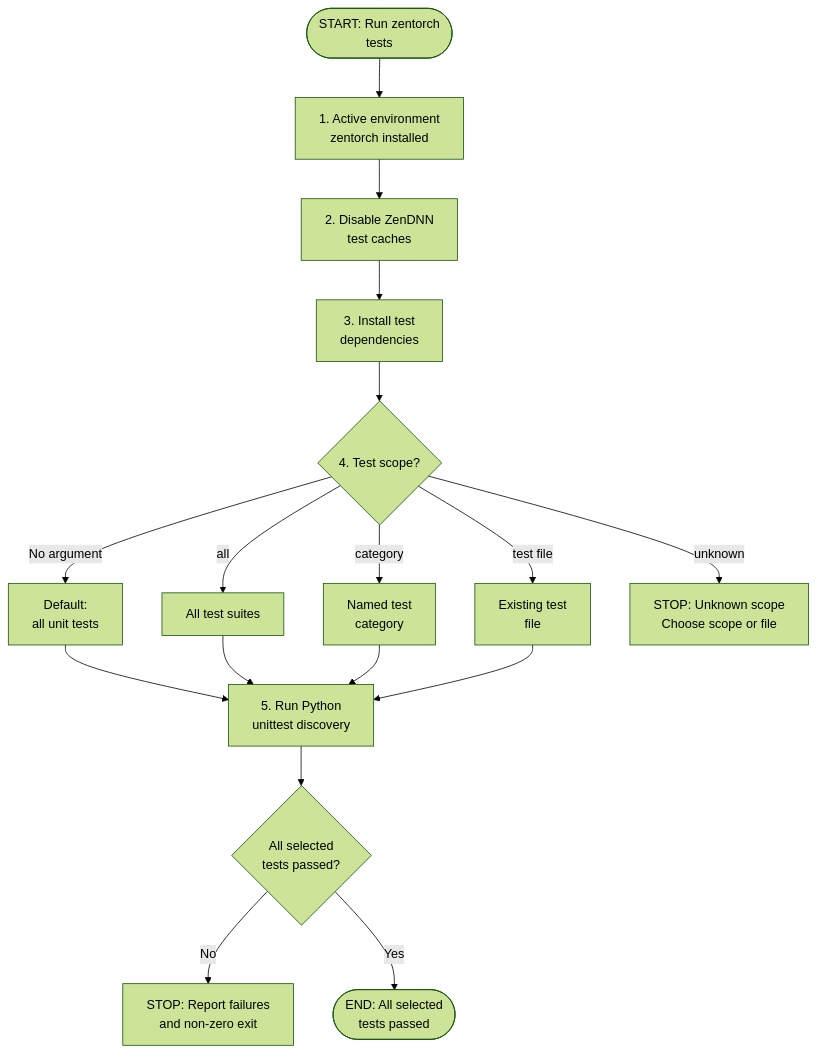
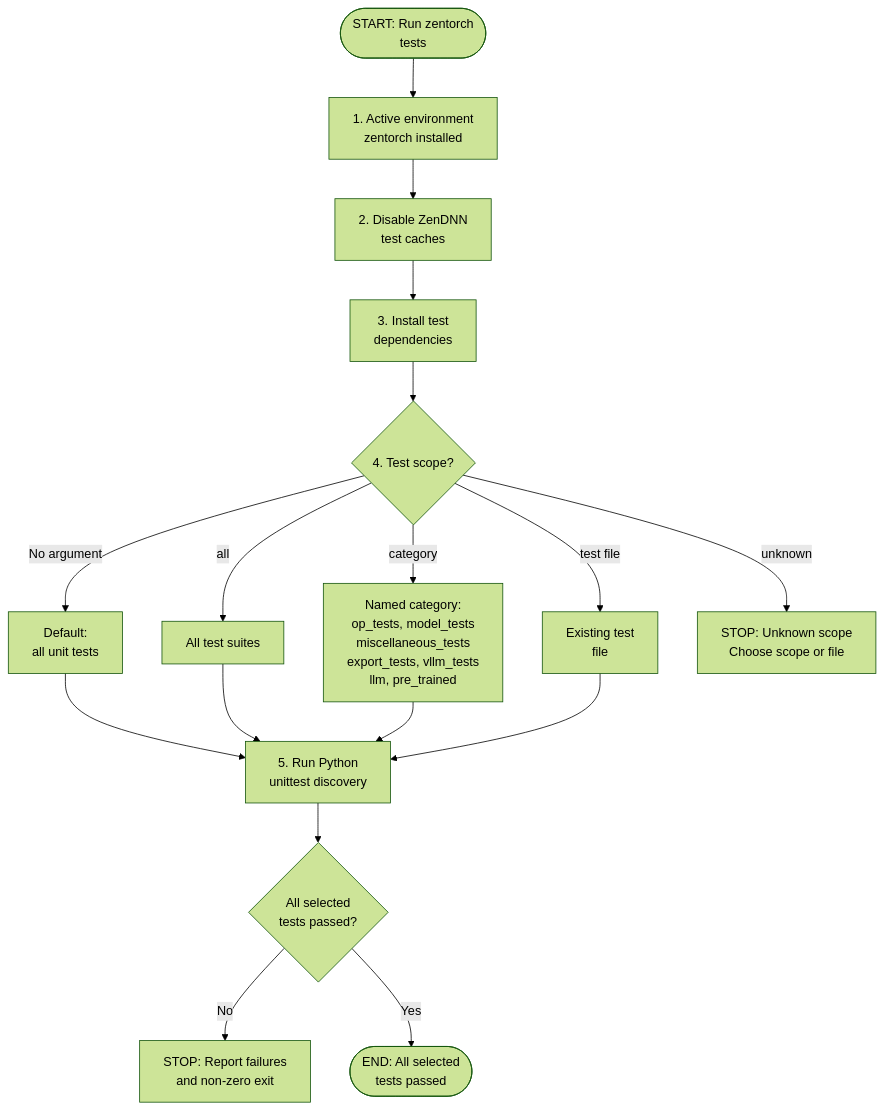
The diagram in .claude/skills/run-tests/zentorch-test-flow.md (amd/ZenDNN-pytorch-plugin), drawn with Mermaid (forest theme) before and after one commit. The commit also changed 1 other file, not shown here.

Commit message:
[ZENTORCH CORE] Address Copilot review on skill docs

````diff
--- a/.claude/skills/run-tests/zentorch-test-flow.md
+++ b/.claude/skills/run-tests/zentorch-test-flow.md
@@ -21,27 +21,27 @@
 ```mermaid
 flowchart TD
     start(["START: Run zentorch<br/>tests"])
     env["1. Active environment<br/>zentorch installed"]
     cache["2. Disable ZenDNN<br/>test caches"]
     deps["3. Install test<br/>dependencies"]
     scope{"4. Test scope?"}
     default["Default:<br/>all unit tests"]
     all["All test suites"]
-    category["Named test<br/>category"]
+    category["Named category:<br/>op_tests, model_tests<br/>miscellaneous_tests<br/>export_tests, vllm_tests<br/>llm, pre_trained"]
     file["Existing test<br/>file"]
     invalid["STOP: Unknown scope<br/>Choose scope or file"]
     run["5. Run Python<br/>unittest discovery"]
     passed{"All selected<br/>tests passed?"}
     failed["STOP: Report failures<br/>and non-zero exit"]
     done(["END: All selected<br/>tests passed"])
 
     start --> env --> cache --> deps --> scope
     scope -- No argument --> default --> run
     scope -- all --> all --> run
     scope -- category --> category --> run
     scope -- test file --> file --> run
     scope -- unknown --> invalid
     run --> passed
     passed -- No --> failed
     passed -- Yes --> done
 ```
````
